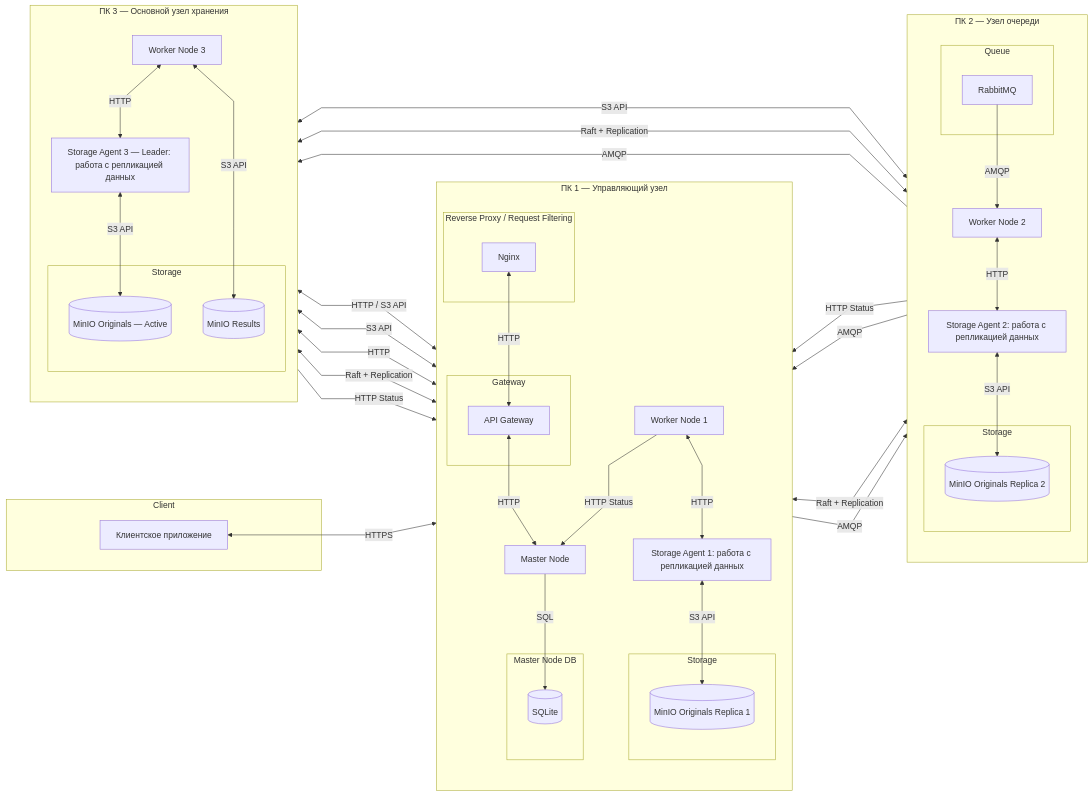
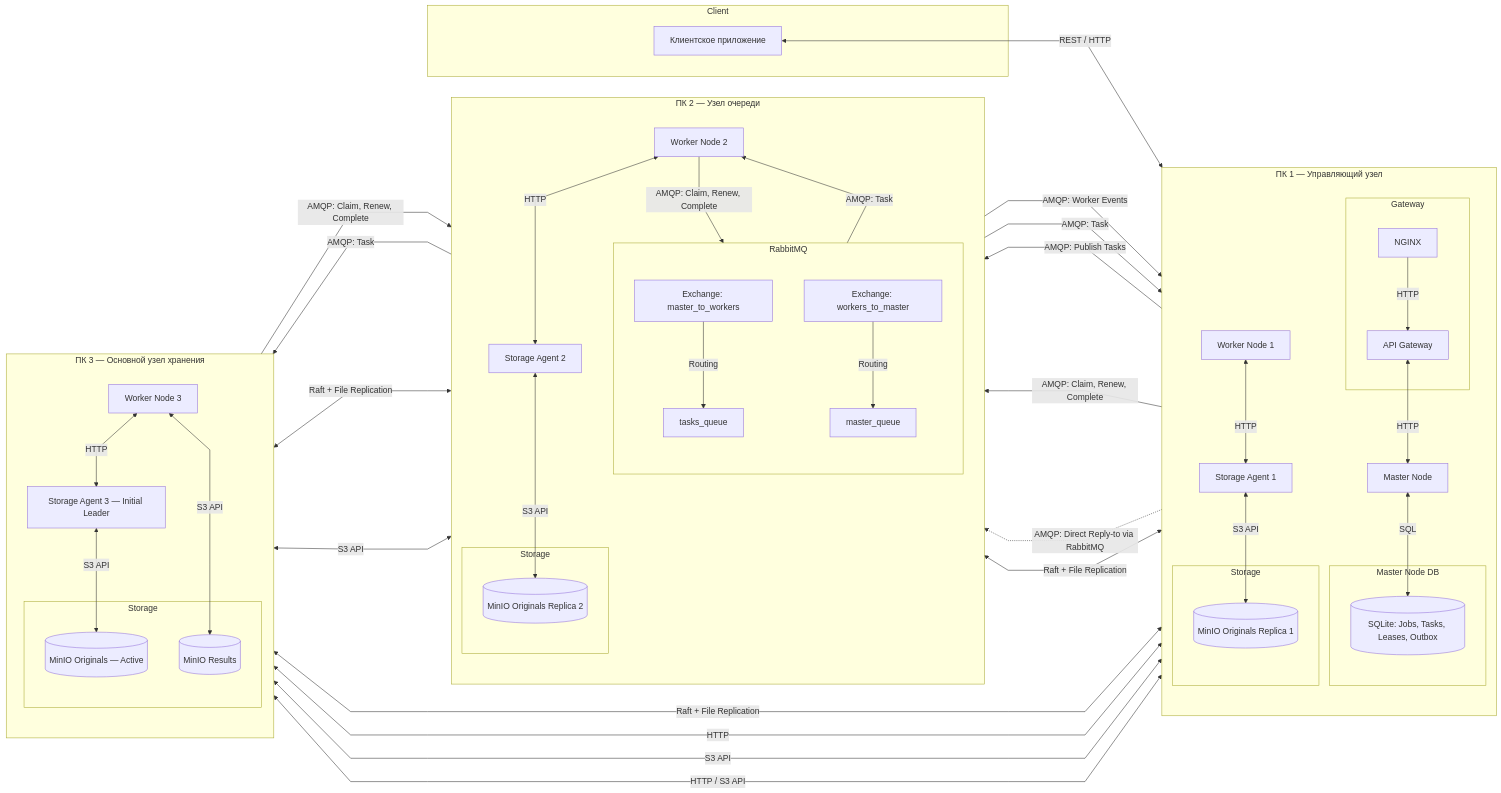
One commit to spbu-ds-practicum-2026/vibeflow changed the first of 12 diagrams in docs/tr.md. Above: the diagram before and after it, drawn with Mermaid. The commit also changed other lines of this file, not shown here.

````diff
--- a/docs/tr.md
+++ b/docs/tr.md
@@ -140,40 +156,47 @@
     subgraph PC1["ПК 1 — Управляющий узел"]
         direction TB
 
-        subgraph PROXY["Reverse Proxy / Request Filtering"]
-            Nginx["Nginx"]
-        end
-
         subgraph GATE["Gateway"]
+            NGINX["NGINX"]
             API["API Gateway"]
         end
 
         MASTER["Master Node"]
 
         subgraph DB["Master Node DB"]
-            SQLITE[("SQLite")]
+            SQLITE[("SQLite: Jobs, Tasks, Leases, Outbox")]
         end
 
         W1["Worker Node 1"]
-        AGENT1["Storage Agent 1: работа с репликацией данных"]
+        AGENT1["Storage Agent 1"]
 
         subgraph MIN1["Storage"]
             MINIO1[("MinIO Originals Replica 1")]
         end
 
-        MASTER -->|SQL| SQLITE
+        NGINX -->|HTTP| API
+        MASTER <-->|SQL| SQLITE
         AGENT1 <-->|S3 API| MINIO1
     end
 
     subgraph PC2["ПК 2 — Узел очереди"]
         direction TB
 
-        subgraph QUEUE["Queue"]
-            MQ["RabbitMQ"]
+        subgraph BROKER["RabbitMQ"]
+            direction TB
+
+            E1["Exchange: master_to_workers"]
+            TASKQ["tasks_queue"]
+
+            E2["Exchange: workers_to_master"]
+            MASTERQ["master_queue"]
+
+            E1 -->|Routing| TASKQ
+            E2 -->|Routing| MASTERQ
         end
 
         W2["Worker Node 2"]
-        AGENT2["Storage Agent 2: работа с репликацией данных"]
+        AGENT2["Storage Agent 2"]
 
         subgraph MIN2["Storage"]
             MINIO2[("MinIO Originals Replica 2")]
@@ -186,7 +209,7 @@
         direction TB
 
         W3["Worker Node 3"]
-        AGENT3["Storage Agent 3 — Leader: работа с репликацией данных"]
+        AGENT3["Storage Agent 3 — Initial Leader"]
 
         subgraph MIN3["Storage"]
             MINIO3[("MinIO Originals — Active")]
@@ -196,23 +219,25 @@
         AGENT3 <-->|S3 API| MINIO3
     end
 
-    APP <-->|HTTPS| Nginx
-    Nginx <-->|HTTP| API
+    APP <-->|REST / HTTP| NGINX
     API <-->|HTTP| MASTER
 
-    MASTER -->|AMQP| MQ
+    MASTER -->|AMQP: Publish Tasks| E1
+    MASTERQ -->|AMQP: Worker Events| MASTER
 
-    MQ -->|AMQP| W1
-    MQ -->|AMQP| W2
-    MQ -->|AMQP| W3
+    TASKQ -->|AMQP: Task| W1
+    TASKQ -->|AMQP: Task| W2
+    TASKQ -->|AMQP: Task| W3
 
-    W1 -->|HTTP Status| MASTER
-    W2 -->|HTTP Status| MASTER
-    W3 -->|HTTP Status| MASTER
+    W1 -->|AMQP: Claim, Renew, Complete| E2
+    W2 -->|AMQP: Claim, Renew, Complete| E2
+    W3 -->|AMQP: Claim, Renew, Complete| E2
 
-    AGENT1 <-->|Raft + Replication| AGENT2
-    AGENT2 <-->|Raft + Replication| AGENT3
-    AGENT1 <-->|Raft + Replication| AGENT3
+    MASTER -.->|AMQP: Direct Reply-to via RabbitMQ| E1
+
+    AGENT1 <-->|Raft + File Replication| AGENT2
+    AGENT2 <-->|Raft + File Replication| AGENT3
+    AGENT1 <-->|Raft + File Replication| AGENT3
 
     MASTER <-->|HTTP| AGENT3
 
@@ -228,4 +253,5 @@
 
     PC1 ~~~ PC2
     PC2 ~~~ PC3
+
 ```
````
